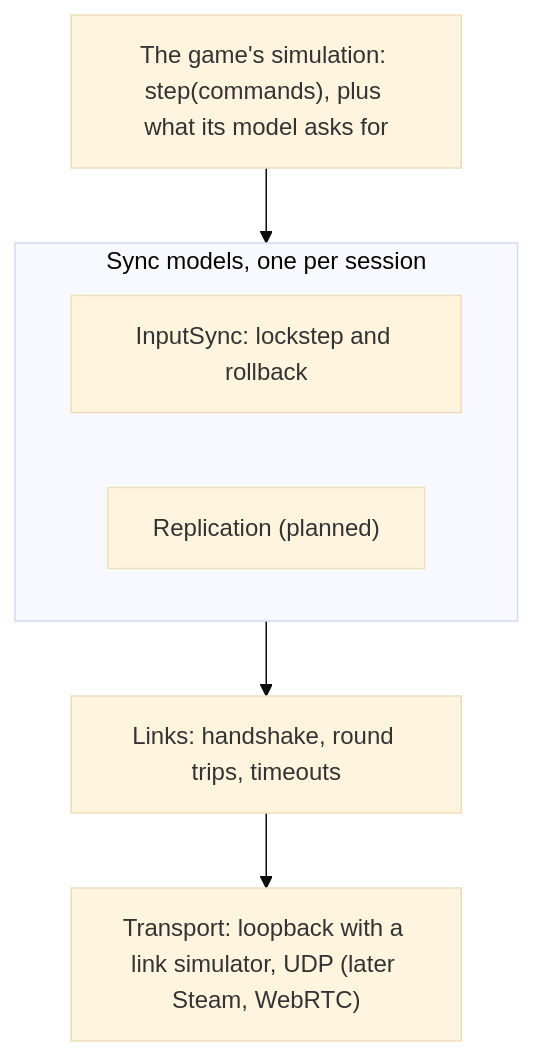
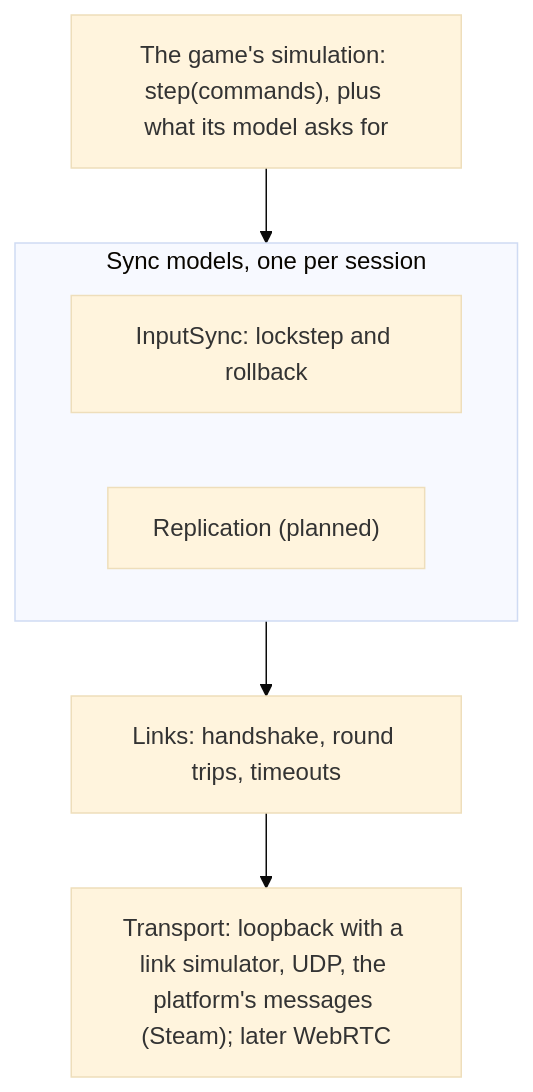
The diagram in docs/networking.md (AmedeoBiolatti/kin), drawn with Mermaid (base theme) before and after one commit. The commit also changed other lines of this file and 21 other files, not shown here.

First line of the commit message:
platform: lobbies and player messages; net: ServicesTransport and lobby matches

````diff
--- a/docs/networking.md
+++ b/docs/networking.md
@@ -41,11 +41,11 @@
 ```mermaid
 flowchart TB
   Game["The game's simulation: step(commands), plus what its model asks for"]
   subgraph Models["Sync models, one per session"]
     IS["InputSync: lockstep and rollback"]
     RS["Replication (planned)"]
   end
   Links["Links: handshake, round trips, timeouts"]
-  T["Transport: loopback with a link simulator, UDP (later Steam, WebRTC)"]
+  T["Transport: loopback with a link simulator, UDP, the platform's messages (Steam); later WebRTC"]
   Game --> Models --> Links --> T
 ```
````
